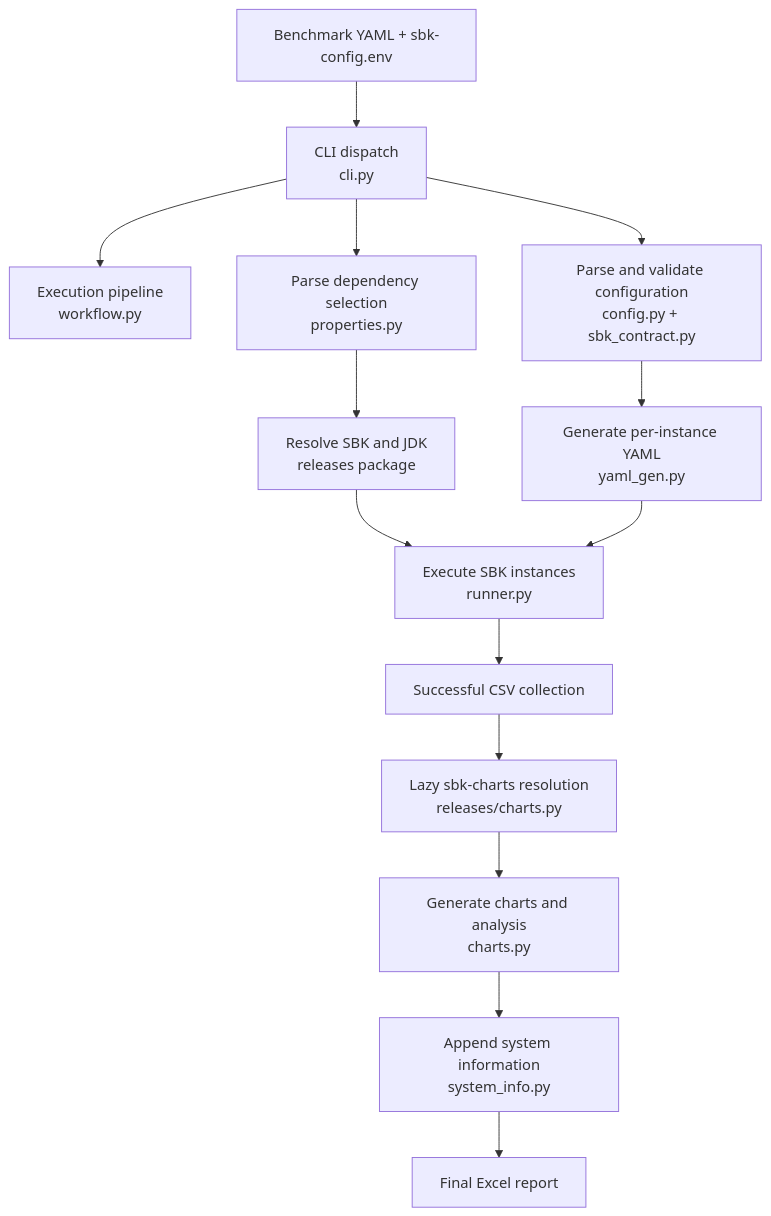
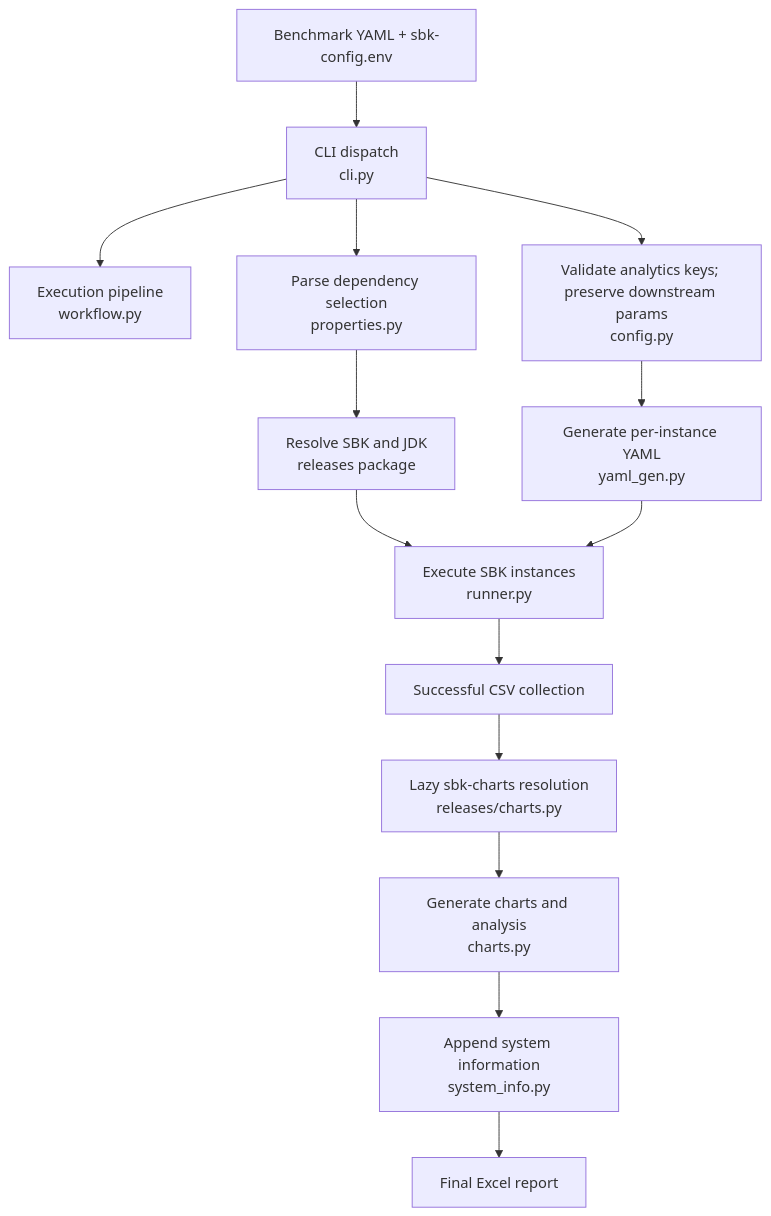
Before and after one commit to kmgowda/sbk-analytics: the diagram in analytics/AGENTS.md, drawn with Mermaid. The commit also changed other lines of this file and 12 other files, not shown here.

Commit message:
Validate only orchestrator workflow keys

````diff
--- a/analytics/AGENTS.md
+++ b/analytics/AGENTS.md
@@ -487,16 +487,16 @@
 ```mermaid
 flowchart TB
     Input["Benchmark YAML + sbk-config.env"] --> CLI["CLI dispatch<br/>cli.py"]
     CLI --> Workflow["Execution pipeline<br/>workflow.py"]
-    CLI --> Config["Parse and validate configuration<br/>config.py + sbk_contract.py"]
+    CLI --> Config["Validate analytics keys; preserve downstream params<br/>config.py"]
     CLI --> Properties["Parse dependency selection<br/>properties.py"]
     Properties --> Resolver["Resolve SBK and JDK<br/>releases package"]
     Config --> Generator["Generate per-instance YAML<br/>yaml_gen.py"]
     Resolver --> Runner["Execute SBK instances<br/>runner.py"]
     Generator --> Runner
     Runner --> CSV["Successful CSV collection"]
     CSV --> ChartsResolver["Lazy sbk-charts resolution<br/>releases/charts.py"]
     ChartsResolver --> Charts["Generate charts and analysis<br/>charts.py"]
     Charts --> System["Append system information<br/>system_info.py"]
     System --> Output["Final Excel report"]
 ```
````
